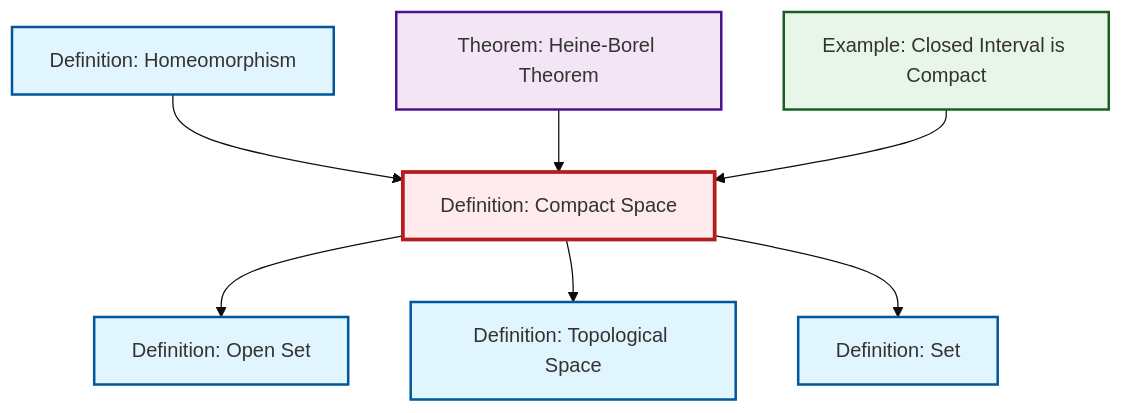
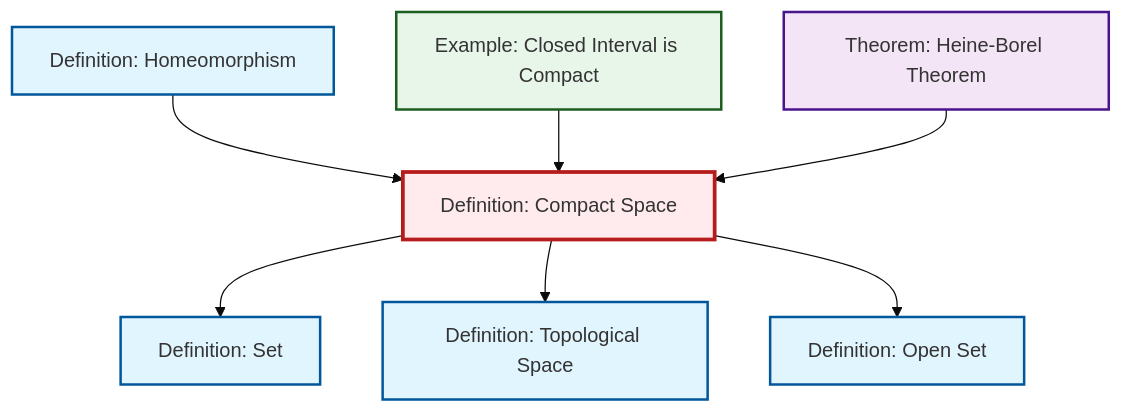
The diagram in content/ja/topology/def-compact.qmd (RK0429/ModernMath), drawn with Mermaid (base theme) before and after one commit. The commit also changed other lines of this file and 491 other files, not shown here.

````diff
--- a/content/ja/topology/def-compact.qmd
+++ b/content/ja/topology/def-compact.qmd
@@ -49,29 +49,29 @@
 ```{mermaid}
 %%| fig-cap: "Local dependency graph"
 graph TD
     classDef definition fill:#e1f5fe,stroke:#01579b,stroke-width:2px
     classDef theorem fill:#f3e5f5,stroke:#4a148c,stroke-width:2px
     classDef axiom fill:#fff3e0,stroke:#e65100,stroke-width:2px
     classDef example fill:#e8f5e9,stroke:#1b5e20,stroke-width:2px
     classDef current fill:#ffebee,stroke:#b71c1c,stroke-width:3px
-    def-set["Definition: Set"]:::definition
-    ex-closed-interval-compact["Example: Closed Interval is Compact"]:::example
+    def-topological-space["Definition: Topological Space"]:::definition
     def-open-set["Definition: Open Set"]:::definition
     def-compact["Definition: Compact Space"]:::definition
+    ex-closed-interval-compact["Example: Closed Interval is Compact"]:::example
     thm-heine-borel["Theorem: Heine-Borel Theorem"]:::theorem
     def-homeomorphism["Definition: Homeomorphism"]:::definition
-    def-topological-space["Definition: Topological Space"]:::definition
+    def-set["Definition: Set"]:::definition
+    def-compact --> def-set
     def-homeomorphism --> def-compact
+    def-compact --> def-topological-space
+    ex-closed-interval-compact --> def-compact
+    def-compact --> def-open-set
     thm-heine-borel --> def-compact
-    def-compact --> def-open-set
-    ex-closed-interval-compact --> def-compact
-    def-compact --> def-topological-space
-    def-compact --> def-set
     class def-compact current
-    click def-set "def-set.html" "Definition: Setへ"
+    click def-topological-space "def-topological-space.html" "Definition: Topological Spaceへ"
+    click def-open-set "def-open-set.html" "Definition: Open Setへ"
     click ex-closed-interval-compact "ex-closed-interval-compact.html" "Example: Closed Interval is Compactへ"
-    click def-open-set "def-open-set.html" "Definition: Open Setへ"
     click thm-heine-borel "thm-heine-borel.html" "Theorem: Heine-Borel Theoremへ"
     click def-homeomorphism "def-homeomorphism.html" "Definition: Homeomorphismへ"
-    click def-topological-space "def-topological-space.html" "Definition: Topological Spaceへ"
+    click def-set "def-set.html" "Definition: Setへ"
 ```
````
